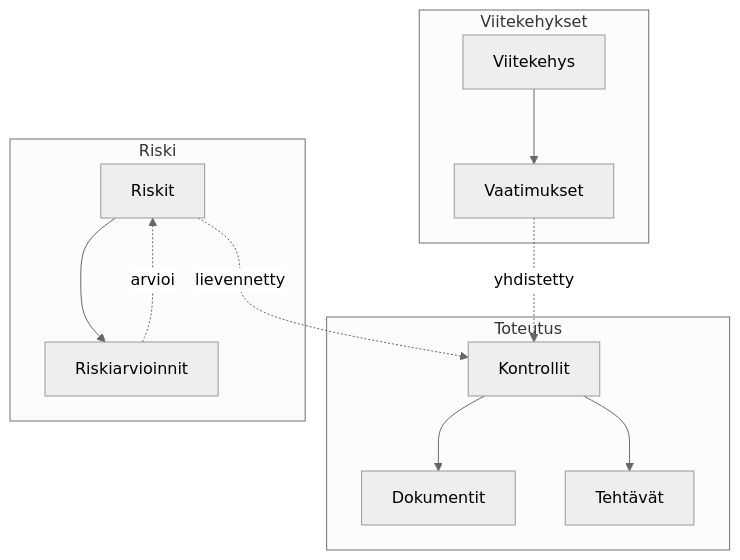
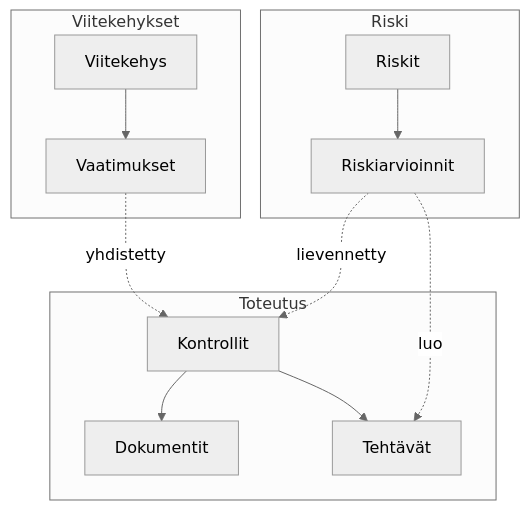
One commit to tekve/gover-docs changed the diagram in i18n/fi/docusaurus-plugin-content-docs/current/getting-started/key-concepts.md. Above: the diagram before and after it, drawn with Mermaid (neutral theme). The commit also changed 3 other files, not shown here.

Commit message:
Fix mermaid: Risk -> Assessment -> Controls/Tasks

````diff
--- a/i18n/fi/docusaurus-plugin-content-docs/current/getting-started/key-concepts.md
+++ b/i18n/fi/docusaurus-plugin-content-docs/current/getting-started/key-concepts.md
@@ -11,16 +11,16 @@
 ```mermaid
 flowchart TB
     subgraph Viitekehykset
         F[Viitekehys] --> R[Vaatimukset]
     end
     subgraph Toteutus
         C[Kontrollit] --> D[Dokumentit]
         C --> T[Tehtävät]
     end
     subgraph Riski
         RI[Riskit] --> RA[Riskiarvioinnit]
     end
     R -.->|yhdistetty| C
-    RI -.->|lievennetty| C
-    RA -.->|arvioi| RI
+    RA -.->|lievennetty| C
+    RA -.->|luo| T
 ```
````
